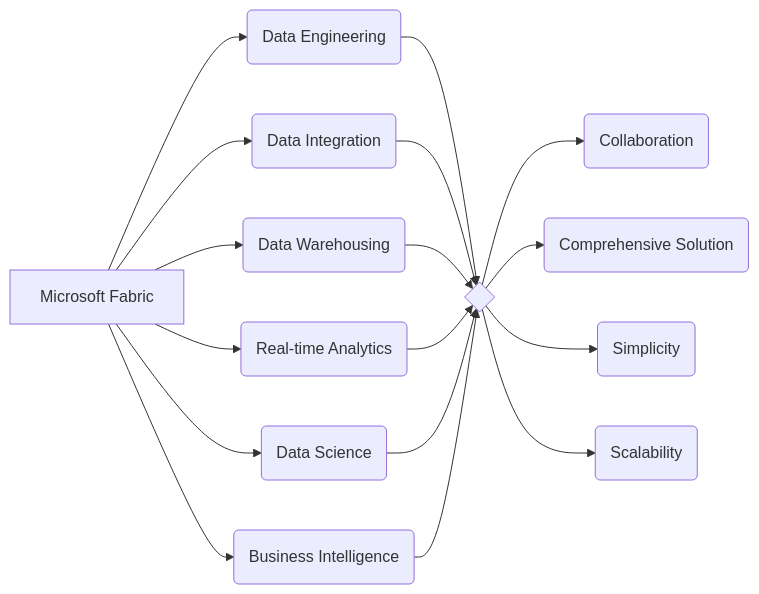
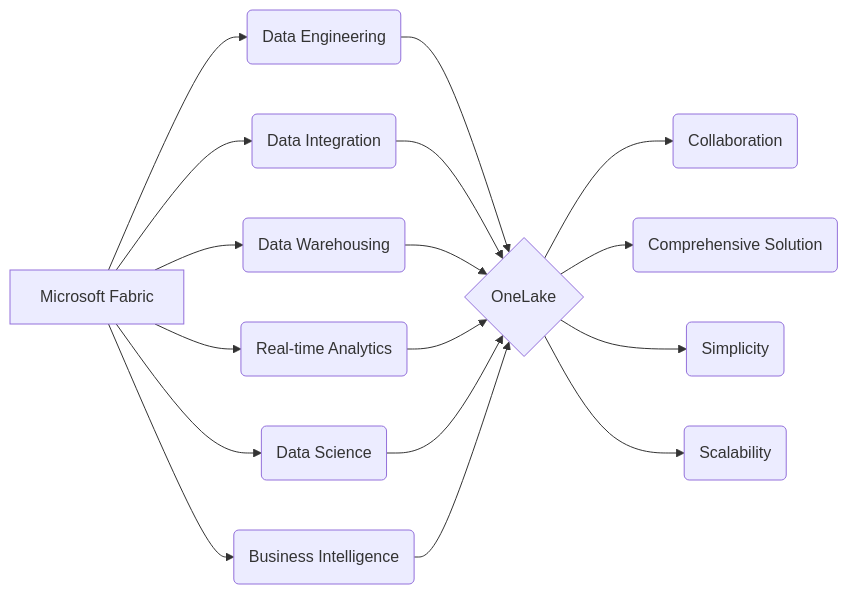
One commit to AnthonyByansi/MicrosoftFabric-Exploratorium changed the diagram in 01-Introduction/introduction.md. Above: the diagram before and after it, drawn with Mermaid.

````diff
--- a/01-Introduction/introduction.md
+++ b/01-Introduction/introduction.md
@@ -21,22 +21,22 @@
 ```mermaid
 graph LR
     A[Microsoft Fabric] --> B(Data Engineering)
     A --> C(Data Integration)
     A --> D(Data Warehousing)
     A --> E(Real-time Analytics)
     A --> F(Data Science)
     A --> G(Business Intelligence)
 
-    B --> Z{ }
+    B --> Z{OneLake}
     C --> Z
     D --> Z
     E --> Z
     F --> Z
     G --> Z
 
     Z --> H(Collaboration)
     Z --> I(Comprehensive Solution)
     Z --> J(Simplicity)
     Z --> K(Scalability)
 
 ```
````
